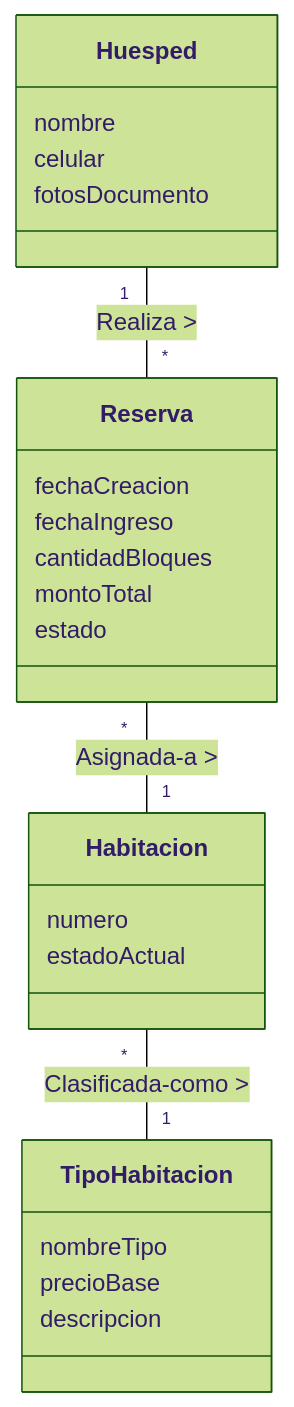
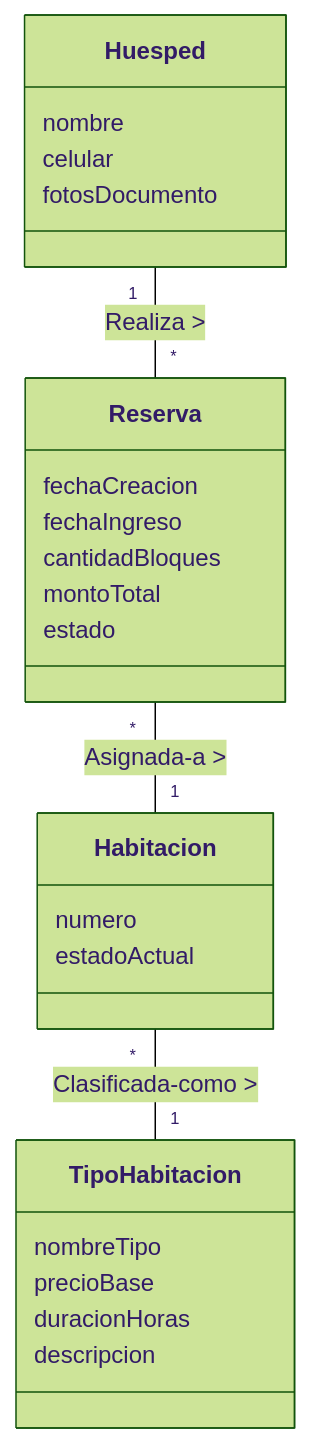
The diagram in 01_Modelado_Negocio/ModeloDominio.mmd (Tsmrain/GestionSistemas), drawn with Mermaid (forest theme) before and after one commit. The commit also changed 55 other files, not shown here.

Commit message:
Refactor reservas flow for layered architecture

```diff
--- a/01_Modelado_Negocio/ModeloDominio.mmd
+++ b/01_Modelado_Negocio/ModeloDominio.mmd
@@ -1,26 +1,27 @@
 classDiagram
     direction TB
     class Huesped {
         nombre
         celular
         fotosDocumento
     }
     class Reserva {
         fechaCreacion
         fechaIngreso
         cantidadBloques
         montoTotal
         estado
     }
     class Habitacion {
         numero
         estadoActual
     }
     class TipoHabitacion {
         nombreTipo
         precioBase
+        duracionHoras
         descripcion
     }
     Huesped "1" -- "*" Reserva : Realiza >
     Reserva "*" -- "1" Habitacion : Asignada-a >
     Habitacion "*" -- "1" TipoHabitacion : Clasificada-como >
```
